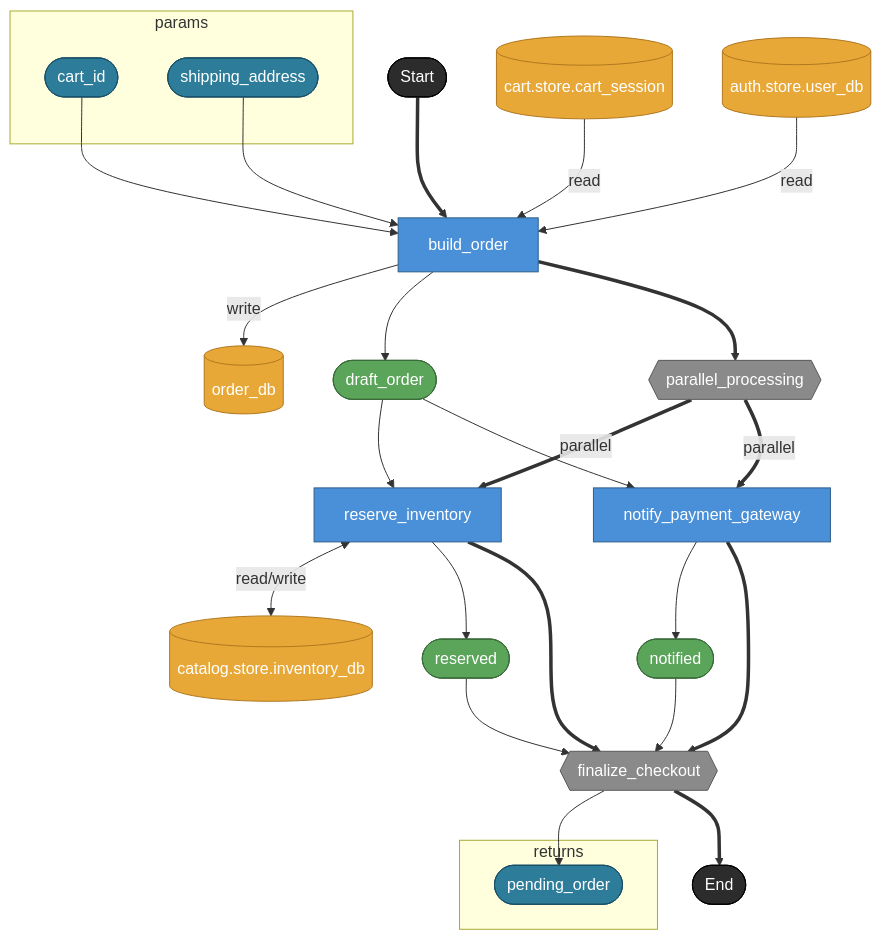
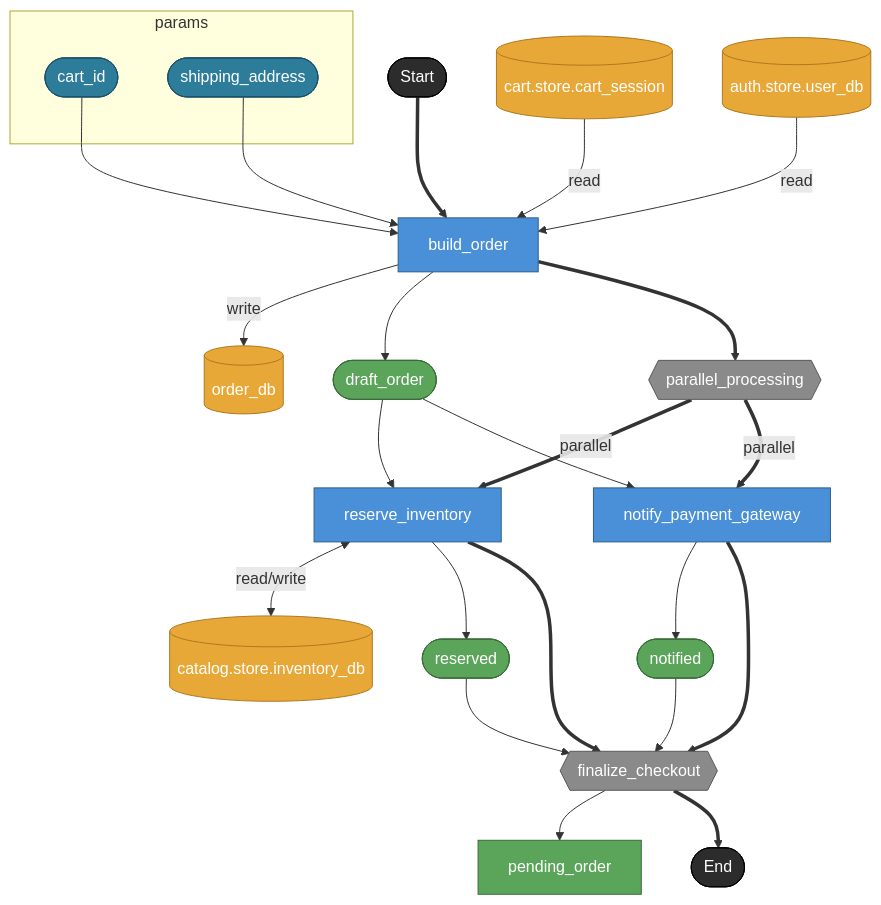
The diagram in docs/uc/001-ec-checkout-flow/renders/commerce/dag-checkout.md (hiroshiasayadev-prog/brewprint), drawn with Mermaid before and after one commit. The commit also changed other lines of this file and 49 other files, not shown here.

````diff
--- a/docs/uc/001-ec-checkout-flow/renders/commerce/dag-checkout.md
+++ b/docs/uc/001-ec-checkout-flow/renders/commerce/dag-checkout.md
@@ -8,50 +8,47 @@
 ```mermaid
 flowchart TD
   subgraph params
     cart_id([cart_id])
     shipping_address([shipping_address])
-  end
-  subgraph returns
-    pending_order([pending_order])
   end
 
   _start([Start]) ==> build_order[build_order]
   cart_id --> build_order
   shipping_address --> build_order
   cart_session[(cart.store.cart_session)] -- "read" --> build_order
   user_db[(auth.store.user_db)] -- "read" --> build_order
   build_order -- "write" --> order_db[(order_db)]
   build_order --> draft_order([draft_order])
 
   build_order ==> parallel_processing{{parallel_processing}}
   draft_order --> reserve_inventory[reserve_inventory]
   draft_order --> notify_payment_gateway[notify_payment_gateway]
 
   parallel_processing == "parallel" ==> reserve_inventory
   parallel_processing == "parallel" ==> notify_payment_gateway
 
   reserve_inventory <-- "read/write" --> inventory_db[(catalog.store.inventory_db)]
   reserve_inventory --> reserved([reserved])
   notify_payment_gateway --> notified([notified])
 
   reserve_inventory ==> finalize_checkout{{finalize_checkout}}
   notify_payment_gateway ==> finalize_checkout
   reserved --> finalize_checkout
   notified --> finalize_checkout
 
   finalize_checkout --> pending_order
   finalize_checkout ==> _end([End])
 
   classDef taskNode     fill:#4A90D9,stroke:#2C5F8A,color:#fff
   classDef assetNode    fill:#5BA55B,stroke:#3A6B3A,color:#fff
   classDef storeNode    fill:#E8A838,stroke:#B07820,color:#fff
   classDef forkNode     fill:#8A8A8A,stroke:#5A5A5A,color:#fff
   classDef terminalNode fill:#2C2C2C,stroke:#000,color:#fff
   classDef boundaryNode fill:#2D7D9A,stroke:#1A5068,color:#fff
   class build_order,reserve_inventory,notify_payment_gateway taskNode
-  class draft_order,reserved,notified assetNode
+  class draft_order,reserved,notified,pending_order assetNode
   class cart_session,user_db,order_db,inventory_db storeNode
   class parallel_processing,finalize_checkout forkNode
   class _start,_end terminalNode
-  class cart_id,shipping_address,pending_order boundaryNode
+  class cart_id,shipping_address boundaryNode
 ```
````
